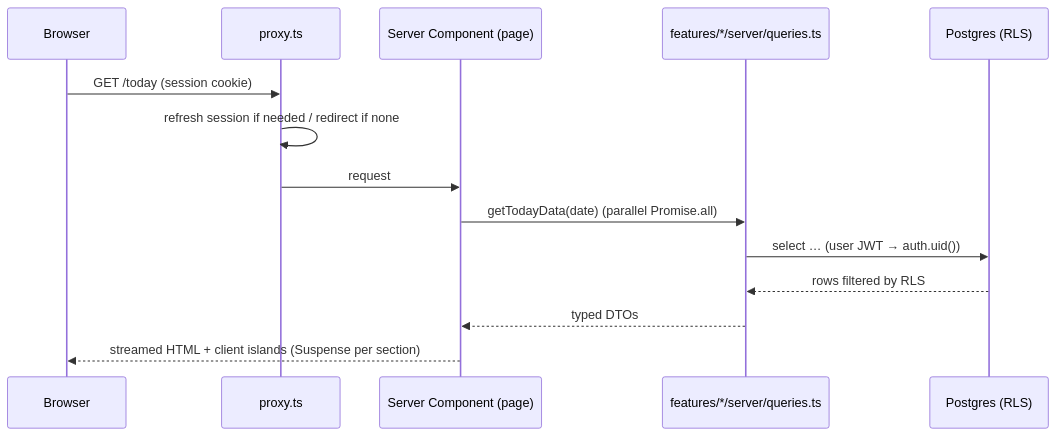
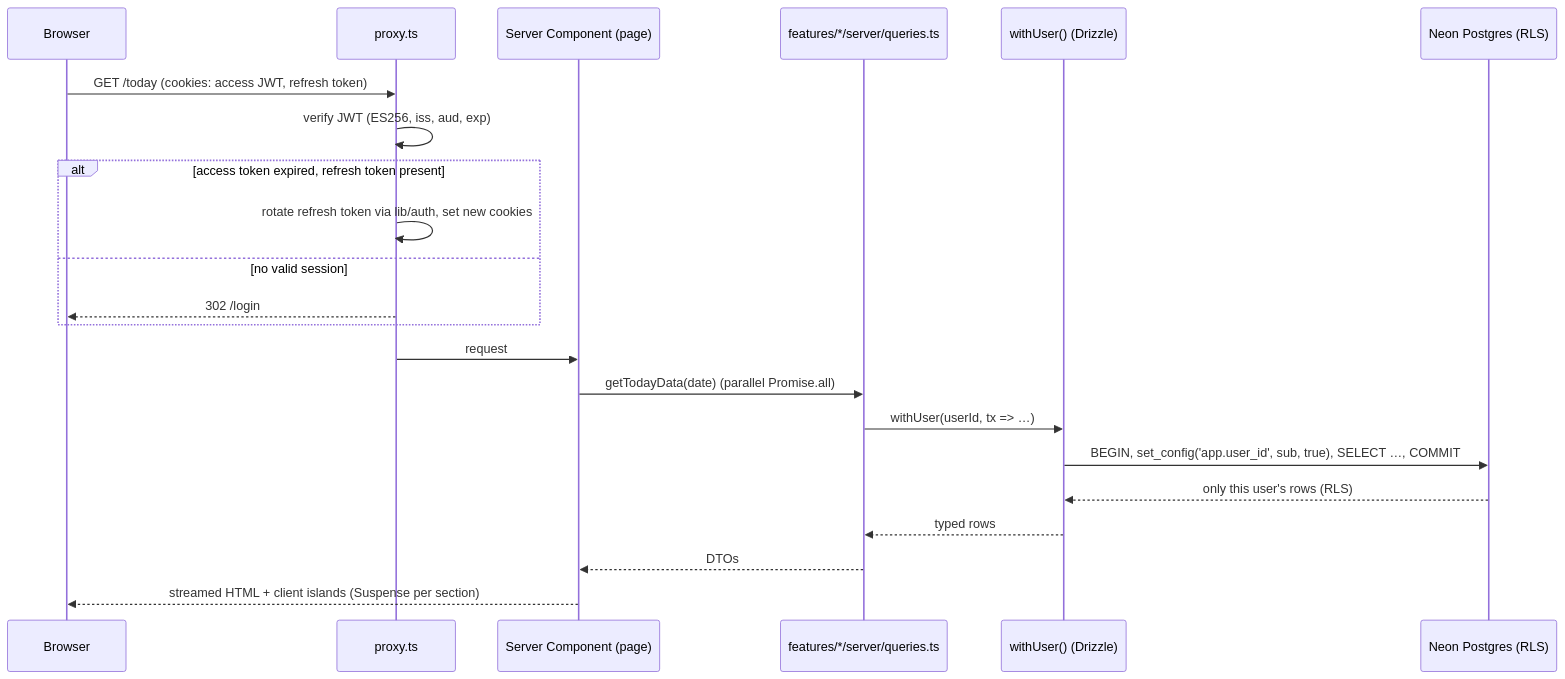
The first of 4 diagrams in docs/05-component-architecture.md (farhancc/tracking), drawn with Mermaid before and after one commit. The commit also changed other lines of this file and 9 other files, not shown here.

First line of the commit message:
Switch architecture to Neon Postgres and self-issued JWT auth

````diff
--- a/docs/05-component-architecture.md
+++ b/docs/05-component-architecture.md
@@ -18,16 +32,24 @@
 ```mermaid
 sequenceDiagram
   participant B as Browser
   participant P as proxy.ts
   participant RSC as Server Component (page)
   participant Q as features/*/server/queries.ts
-  participant DB as Postgres (RLS)
-  B->>P: GET /today (session cookie)
-  P->>P: refresh session if needed / redirect if none
+  participant DAL as withUser() (Drizzle)
+  participant DB as Neon Postgres (RLS)
+  B->>P: GET /today (cookies: access JWT, refresh token)
+  P->>P: verify JWT (ES256, iss, aud, exp)
+  alt access token expired, refresh token present
+    P->>P: rotate refresh token via lib/auth, set new cookies
+  else no valid session
+    P-->>B: 302 /login
+  end
   P->>RSC: request
   RSC->>Q: getTodayData(date) (parallel Promise.all)
-  Q->>DB: select … (user JWT → auth.uid())
-  DB-->>Q: rows filtered by RLS
-  Q-->>RSC: typed DTOs
+  Q->>DAL: withUser(userId, tx => …)
+  DAL->>DB: BEGIN, set_config('app.user_id', sub, true), SELECT …, COMMIT
+  DB-->>DAL: only this user's rows (RLS)
+  DAL-->>Q: typed rows
+  Q-->>RSC: DTOs
   RSC-->>B: streamed HTML + client islands (Suspense per section)
 ```
````
